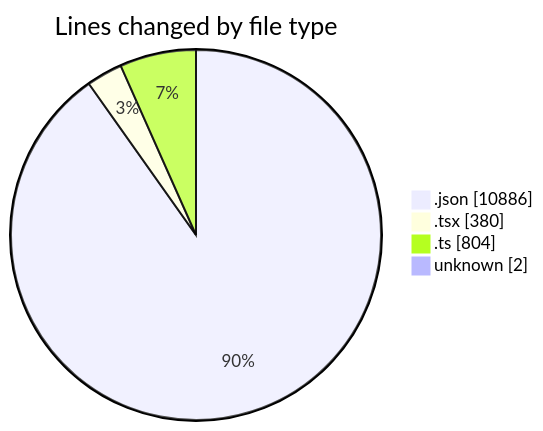
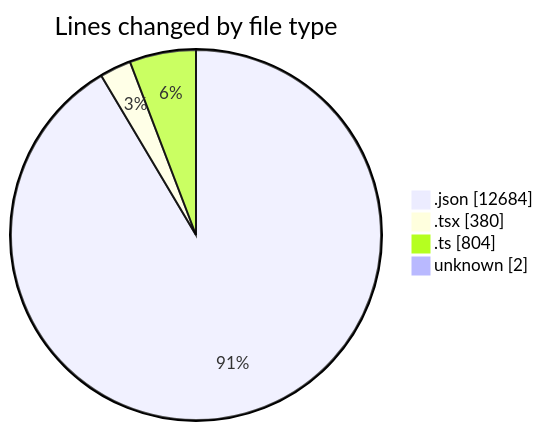
The first of 2 diagrams in 2025-11-19/eventscop-frontend-guide__workspace_/README.md (julien-gomy/code-tracking), drawn with Mermaid before and after one commit. The commit also changed other lines of this file and 1 other file, not shown here.

````diff
--- a/2025-11-19/eventscop-frontend-guide__workspace_/README.md
+++ b/2025-11-19/eventscop-frontend-guide__workspace_/README.md
@@ -46,8 +46,8 @@
 ```mermaid
 pie showData
 title Lines changed by file type
-".json" : 10886
+".json" : 12684
 ".tsx" : 380
 ".ts" : 804
 "unknown" : 2
 ```
````
